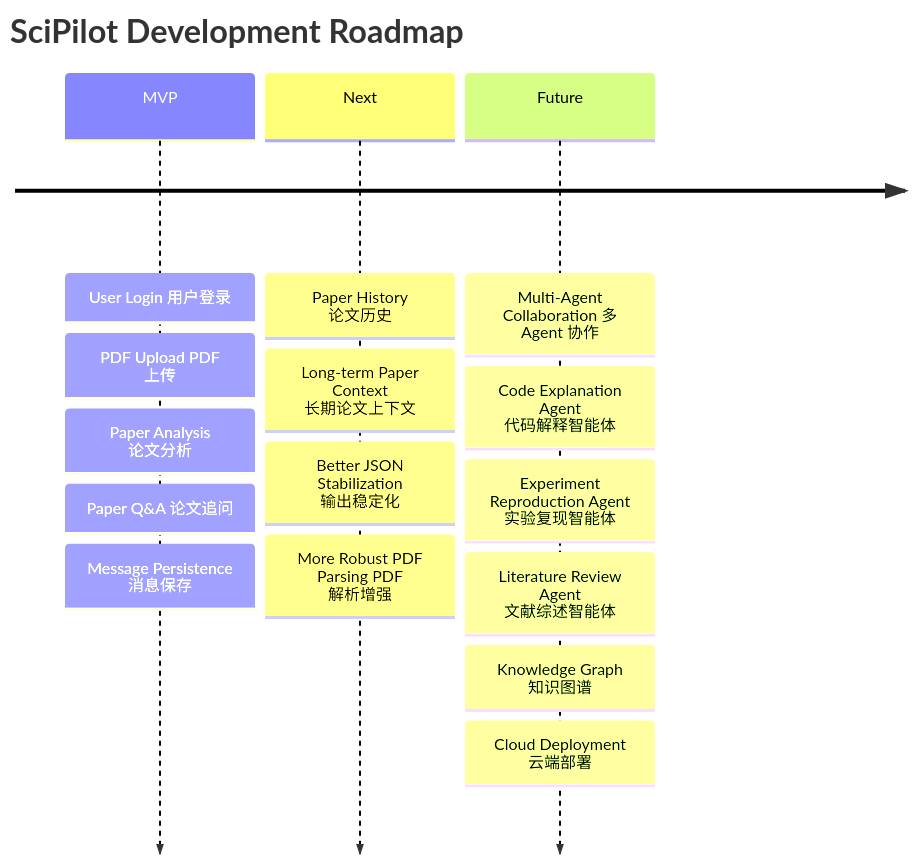
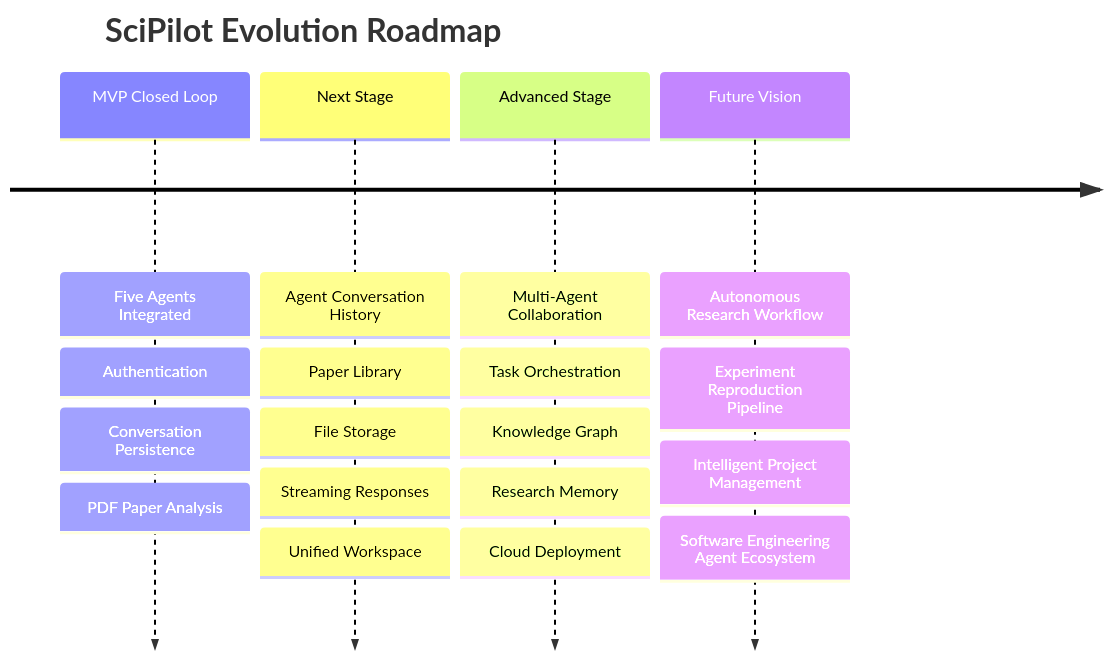
The sixth of 6 diagrams in README.md (telitor/SciCopilot), drawn with Mermaid before and after one commit. The commit also changed other lines of this file, not shown here.

````diff
--- a/README.md
+++ b/README.md
@@ -408,25 +615,30 @@
 ```mermaid
 timeline
-    title SciPilot Development Roadmap
+    title SciPilot Evolution Roadmap
 
-    MVP
-      : User Login 用户登录
-      : PDF Upload PDF 上传
-      : Paper Analysis 论文分析
-      : Paper Q&A 论文追问
-      : Message Persistence 消息保存
+    MVP Closed Loop
+      : Five Agents Integrated
+      : Authentication
+      : Conversation Persistence
+      : PDF Paper Analysis
 
-    Next
-      : Paper History 论文历史
-      : Long-term Paper Context 长期论文上下文
-      : Better JSON Stabilization 输出稳定化
-      : More Robust PDF Parsing PDF 解析增强
+    Next Stage
+      : Agent Conversation History
+      : Paper Library
+      : File Storage
+      : Streaming Responses
+      : Unified Workspace
 
-    Future
-      : Multi-Agent Collaboration 多 Agent 协作
-      : Code Explanation Agent 代码解释智能体
-      : Experiment Reproduction Agent 实验复现智能体
-      : Literature Review Agent 文献综述智能体
-      : Knowledge Graph 知识图谱
-      : Cloud Deployment 云端部署
+    Advanced Stage
+      : Multi-Agent Collaboration
+      : Task Orchestration
+      : Knowledge Graph
+      : Research Memory
+      : Cloud Deployment
+
+    Future Vision
+      : Autonomous Research Workflow
+      : Experiment Reproduction Pipeline
+      : Intelligent Project Management
+      : Software Engineering Agent Ecosystem
 ```
````
